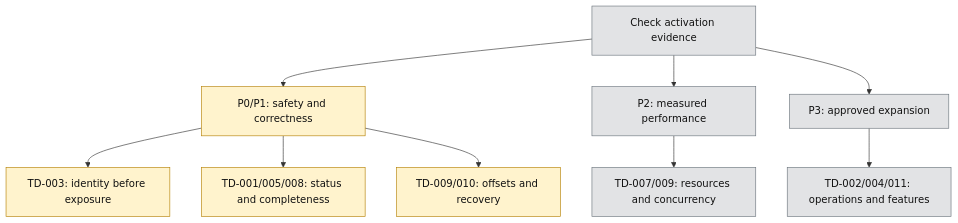
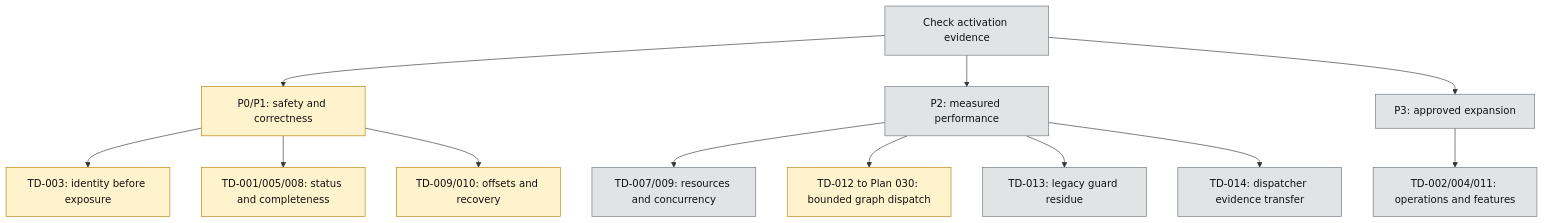
Before and after one commit to tanlocit9/omni: the diagram in docs/technical-debt/README.md, drawn with Mermaid. The commit also changed other lines of this file and 50 other files, not shown here.

Commit message:
docs: clarify dispatch planner and job dependency ownership

````diff
--- a/docs/technical-debt/README.md
+++ b/docs/technical-debt/README.md
@@ -31,21 +34,25 @@
 ```mermaid
 flowchart TD
     Gate["Check activation evidence"]
     Gate --> Safety["P0/P1: safety and correctness"]
     Gate --> Measured["P2: measured performance"]
     Gate --> Later["P3: approved expansion"]
 
     Safety --> Identity["TD-003: identity before exposure"]
     Safety --> Data["TD-001/005/008: status and completeness"]
     Safety --> Kafka["TD-009/010: offsets and recovery"]
     Measured --> Resources["TD-007/009: resources and concurrency"]
+    Measured --> Planner["TD-012 to Plan 030: bounded graph dispatch"]
+    Measured --> GuardResidue["TD-013: legacy guard residue"]
+    Measured --> DispatchResidue["TD-014: dispatcher evidence transfer"]
     Later --> Features["TD-002/004/011: operations and features"]
 
     classDef done fill:#d5f5e3,stroke:#198754,color:#111;
     classDef active fill:#fff3cd,stroke:#b58105,color:#111;
     classDef pending fill:#e2e3e5,stroke:#6c757d,color:#111;
     classDef blocked fill:#f8d7da,stroke:#b02a37,color:#111;
     class Gate pending;
     class Safety,Identity,Data,Kafka active;
-    class Measured,Resources,Later,Features pending;
+    class Planner active;
+    class Measured,Resources,GuardResidue,DispatchResidue,Later,Features pending;
 ```
````
